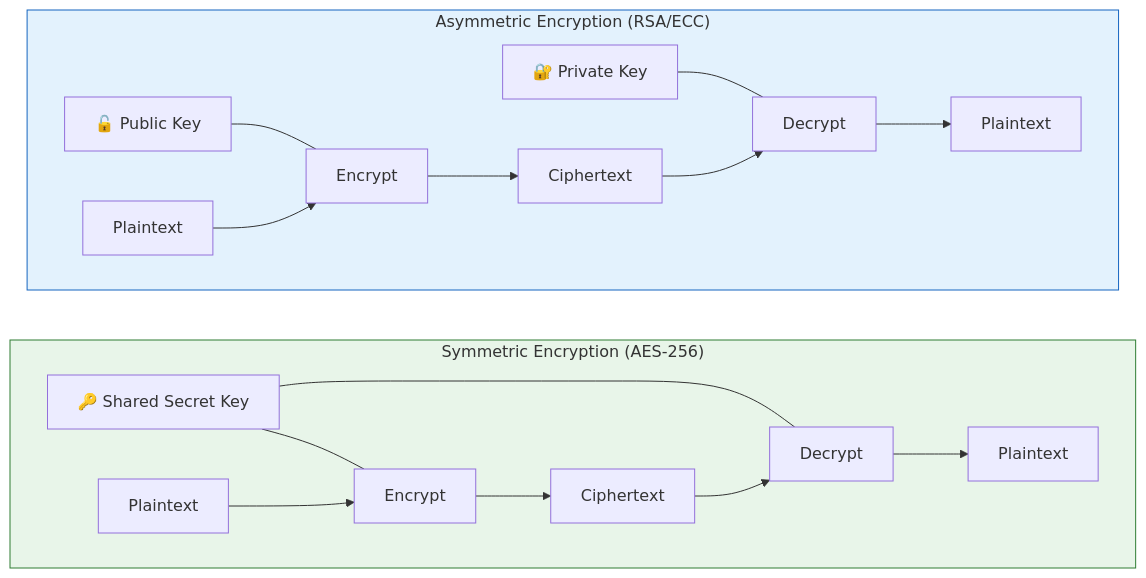
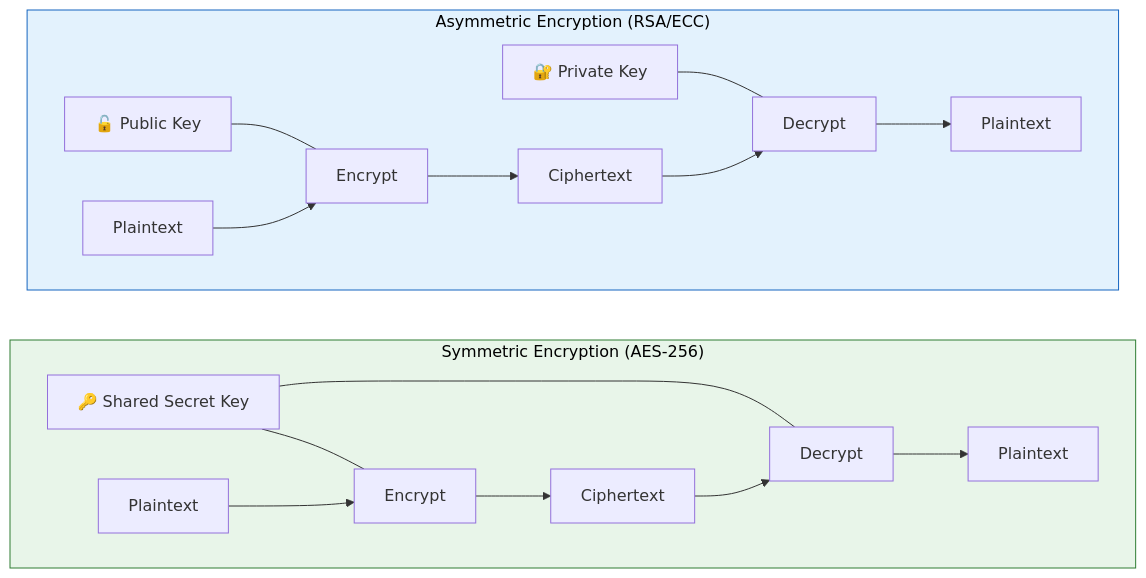
Before and after one commit to williamzujkowski/williamzujkowski.github.io: the first of 5 diagrams in src/posts/2024-01-18-demystifying-cryptography-beginners-guide.md, drawn with Mermaid. The commit also changed other lines of this file and 40 other files, not shown here.

First line of the commit message:
fix(blog): add explicit text color to all mermaid classDef/style (#171)

````diff
--- a/src/posts/2024-01-18-demystifying-cryptography-beginners-guide.md
+++ b/src/posts/2024-01-18-demystifying-cryptography-beginners-guide.md
@@ -39,19 +39,19 @@
 ```mermaid
 flowchart LR
     subgraph Symmetric["Symmetric Encryption (AES-256)"]
         direction LR
         A["🔑 Shared Secret Key"] --- E1["Encrypt"]
         A --- D1["Decrypt"]
         P1["Plaintext"] --> E1 --> C1["Ciphertext"] --> D1 --> P2["Plaintext"]
     end
 
     subgraph Asymmetric["Asymmetric Encryption (RSA/ECC)"]
         direction LR
         PubK["🔓 Public Key"] --- E2["Encrypt"]
         PrivK["🔐 Private Key"] --- D2["Decrypt"]
         P3["Plaintext"] --> E2 --> C2["Ciphertext"] --> D2 --> P4["Plaintext"]
     end
 
-    style Symmetric fill:#e8f5e9,stroke:#2e7d32
-    style Asymmetric fill:#e3f2fd,stroke:#1565c0
+    style Symmetric fill:#e8f5e9,color:#000,stroke:#2e7d32
+    style Asymmetric fill:#e3f2fd,color:#000,stroke:#1565c0
 ```
````
